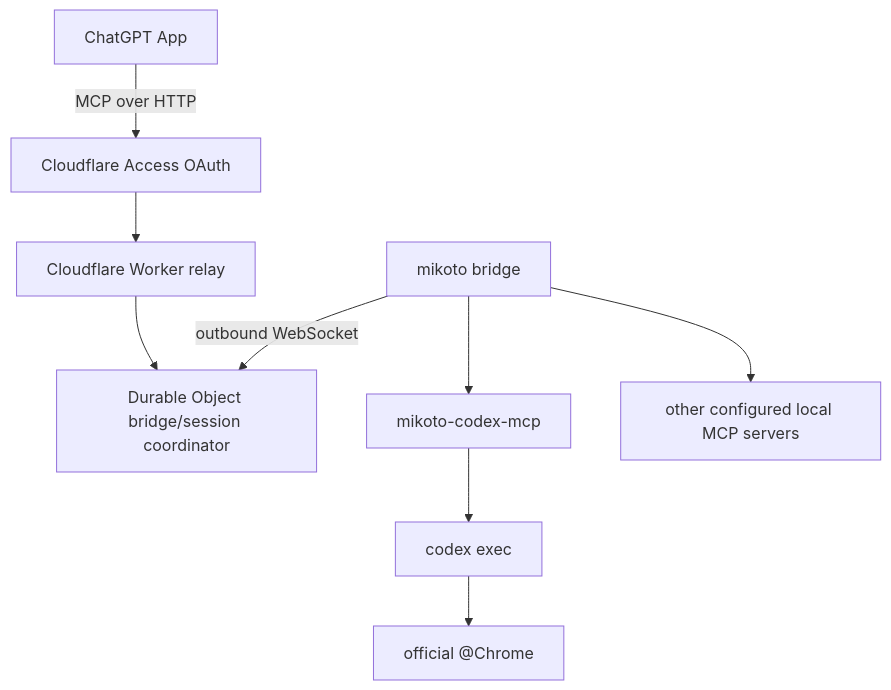
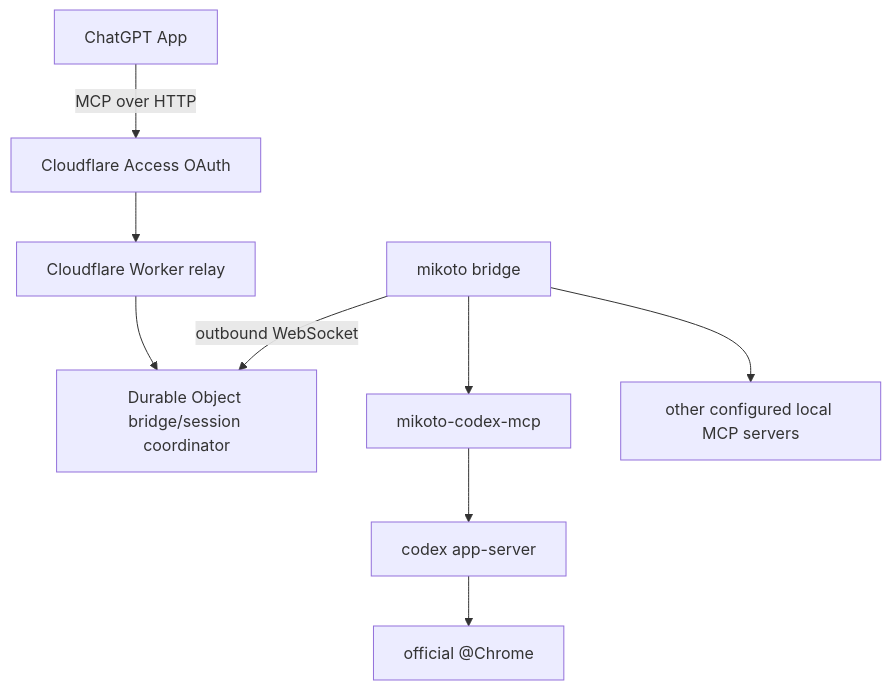
The diagram in README.md (risu729/mikoto), drawn with Mermaid before and after one commit. The commit also changed 18 other files, not shown here.

First line of the commit message:
feat(codex-mcp): replace exec with app-server (#52)

````diff
--- a/README.md
+++ b/README.md
@@ -31,11 +31,11 @@
 ```mermaid
 flowchart TD
   ChatGPT[ChatGPT App] -->|MCP over HTTP| Access[Cloudflare Access OAuth]
   Access --> Worker[Cloudflare Worker relay]
   Worker --> DO[Durable Object bridge/session coordinator]
   Bridge[mikoto bridge] -->|outbound WebSocket| DO
   Bridge --> CodexMCP[mikoto-codex-mcp]
-  CodexMCP --> Codex[codex exec]
+  CodexMCP --> Codex[codex app-server]
   Codex --> Chrome[official @Chrome]
   Bridge --> OtherMCP[other configured local MCP servers]
 ```
````
